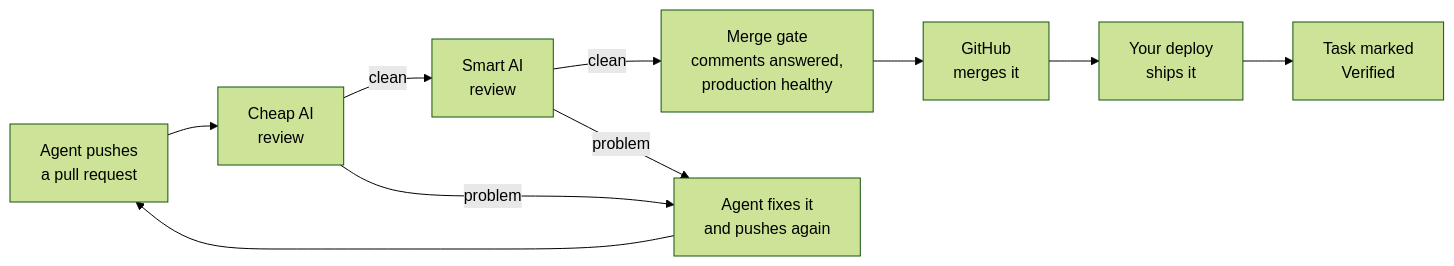
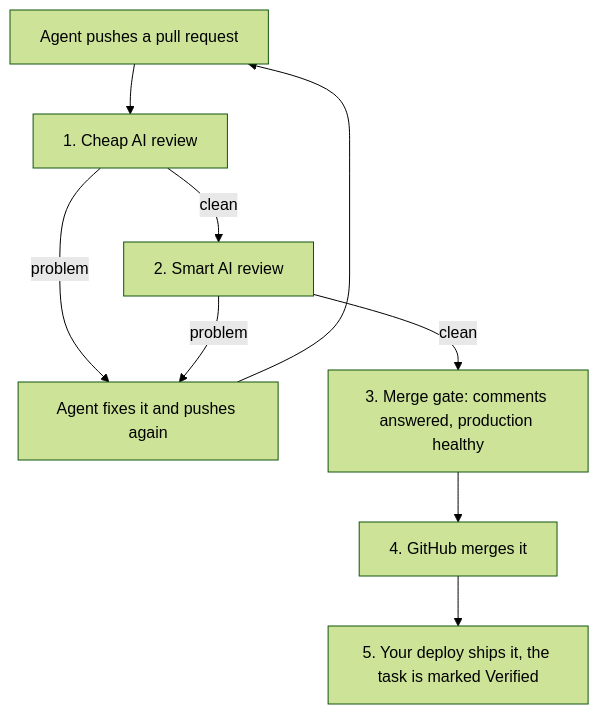
The diagram in README.md (nick-the-dev/gh-sheriff), drawn with Mermaid (forest theme) before and after one commit. The commit also changed other lines of this file, not shown here.

Commit message:
docs: a vertical diagram with readable text and matching steps

````diff
--- a/README.md
+++ b/README.md
@@ -58,12 +58,11 @@
 ```mermaid
-flowchart LR
-    A["Agent pushes<br/>a pull request"] --> B["Cheap AI<br/>review"]
-    B -->|clean| C["Smart AI<br/>review"]
-    C -->|clean| D["Merge gate<br/>comments answered,<br/>production healthy"]
-    D --> E["GitHub<br/>merges it"]
-    E --> F["Your deploy<br/>ships it"]
-    F --> G["Task marked<br/>Verified"]
-    B -->|problem| X["Agent fixes it<br/>and pushes again"]
+flowchart TD
+    A["Agent pushes a pull request"] --> B["1. Cheap AI review"]
+    B -->|clean| C["2. Smart AI review"]
+    B -->|problem| X["Agent fixes it and pushes again"]
     C -->|problem| X
     X --> A
+    C -->|clean| D["3. Merge gate: comments answered, production healthy"]
+    D --> E["4. GitHub merges it"]
+    E --> F["5. Your deploy ships it, the task is marked Verified"]
 ```
````
